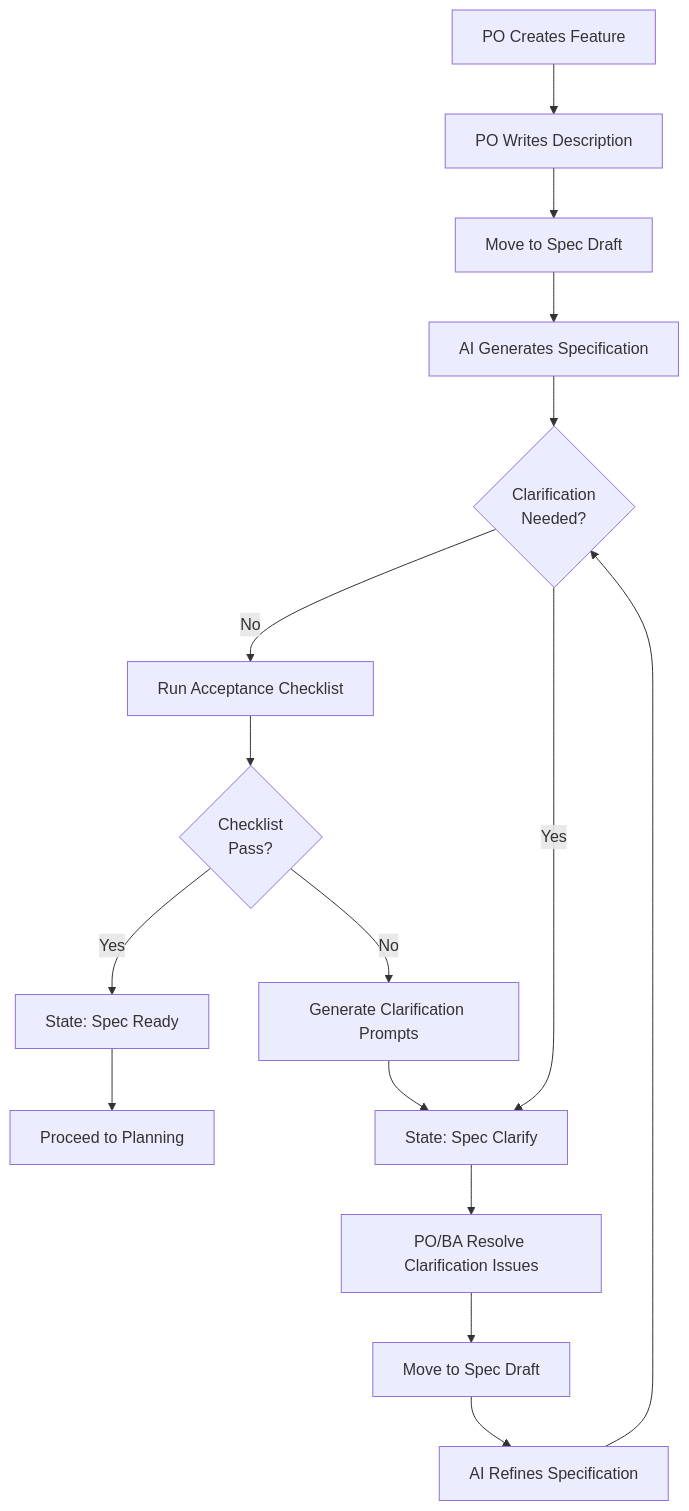
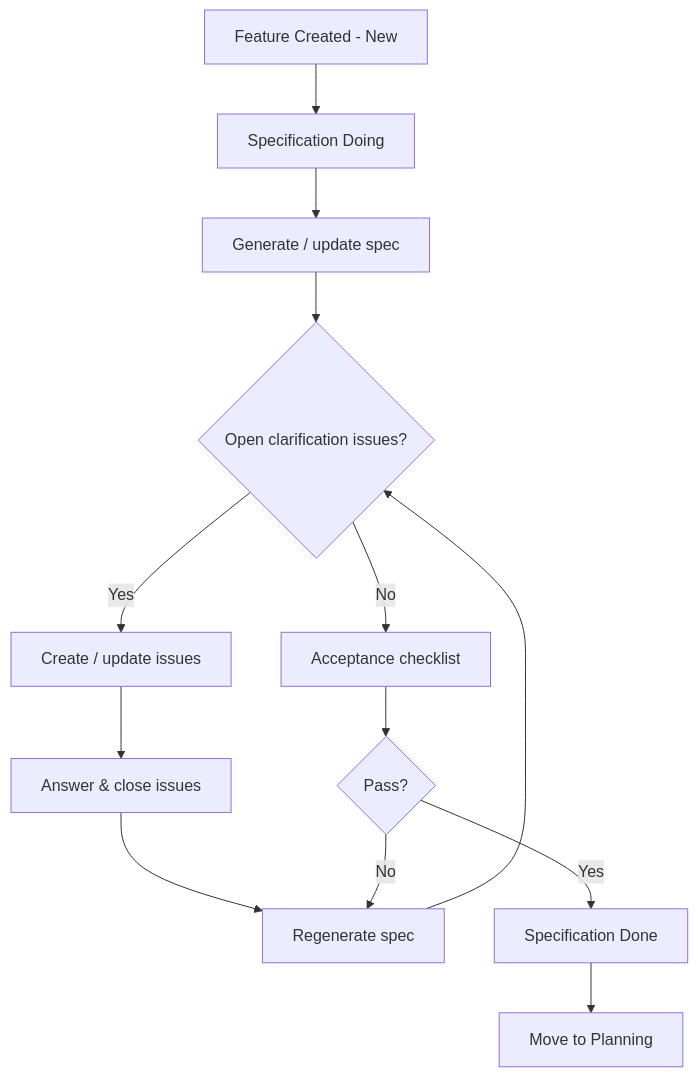
The diagram in docs/diagrams/10-specification-clarification-loop.md (agzyamov/ai-native-sdlc), drawn with Mermaid before and after one commit. The commit also changed other lines of this file and 7 other files, not shown here.

First line of the commit message:
docs: standardize Mermaid diagrams, add mermaid-cli validation, and trim README

````diff
--- a/docs/diagrams/10-specification-clarification-loop.md
+++ b/docs/diagrams/10-specification-clarification-loop.md
@@ -3,23 +3,15 @@
 ```mermaid
 flowchart TD
-    Start[PO Creates Feature] --> Input[PO Writes Description]
-    Input --> SpecDraft[Move to Spec Draft]
-    SpecDraft --> AISpec[AI Generates Specification]
-
-    AISpec --> ClarifyNeed{Clarification<br/>Needed?}
-
-    ClarifyNeed -->|No| Checklist[Run Acceptance Checklist]
-    Checklist --> CheckPass{Checklist<br/>Pass?}
-    CheckPass -->|Yes| SpecReady[State: Spec Ready]
-    CheckPass -->|No| GenPrompts[Generate Clarification Prompts]
-    GenPrompts --> ClarifyState
-
-    ClarifyNeed -->|Yes| ClarifyState[State: Spec Clarify]
-
-    ClarifyState --> POAnswer[PO/BA Resolve Clarification Issues]
-    POAnswer --> BackToDraft[Move to Spec Draft]
-    BackToDraft --> AIRefine[AI Refines Specification]
-    AIRefine --> ClarifyNeed
-
-    SpecReady --> NextPhase[Proceed to Planning]
+        Start[Feature Created - New] --> SpecDoing[Specification Doing]
+        SpecDoing --> Generate[Generate / update spec]
+        Generate --> Clarifications{Open clarification issues?}
+        Clarifications -->|Yes| Issues[Create / update issues]
+        Issues --> Answers[Answer & close issues]
+        Answers --> Regenerate[Regenerate spec]
+        Regenerate --> Clarifications
+        Clarifications -->|No| Checklist[Acceptance checklist]
+        Checklist --> Pass{Pass?}
+        Pass -->|No| Regenerate
+        Pass -->|Yes| SpecDone[Specification Done]
+        SpecDone --> Planning[Move to Planning]
 ```
````
